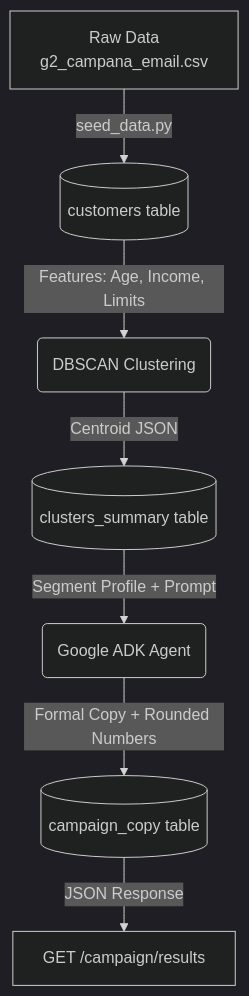
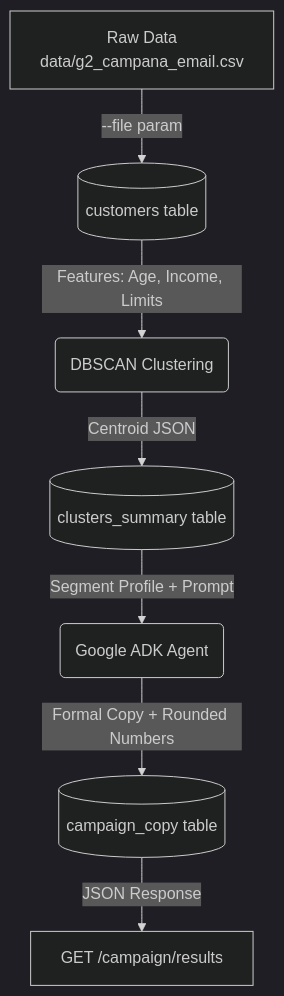
Before and after one commit to ggoni/adk-mailing: the second of 2 diagrams in architecture.md, drawn with Mermaid (dark theme).

Commit message:
docs: update architecture diagram with data folder path

````diff
--- a/architecture.md
+++ b/architecture.md
@@ -104,9 +104,9 @@
 ```mermaid
 flowchart TD
-    A[Raw Data<br>g2_campana_email.csv] -->|seed_data.py| B[(customers table)]
+    A[Raw Data<br>data/g2_campana_email.csv] -->|--file param| B[(customers table)]
     B -->|Features: Age, Income, Limits| C(DBSCAN Clustering)
     C -->|Centroid JSON| D[(clusters_summary table)]
     D -->|Segment Profile + Prompt| E(Google ADK Agent)
     E -->|Formal Copy + Rounded Numbers| F[(campaign_copy table)]
     F -->|JSON Response| G[GET /campaign/results]
 ```
````
